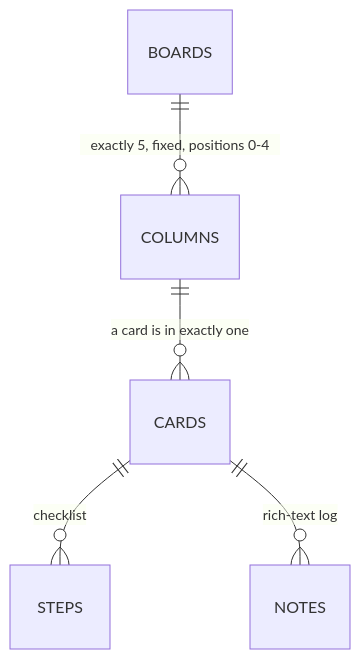
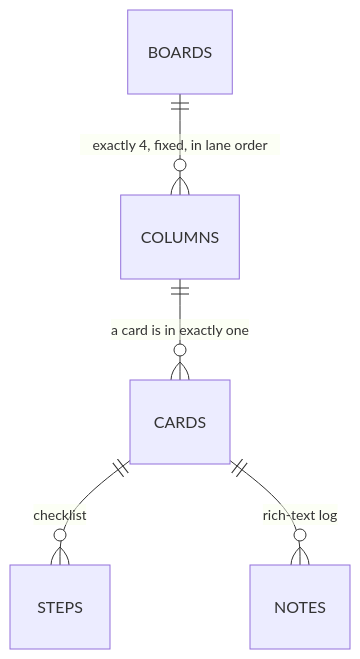
One commit to nexusaicodes/mudda changed the third of 5 diagrams in ERD.md. Above: the diagram before and after it, drawn with Mermaid. The commit also changed other lines of this file and 309 other files, not shown here.

````diff
--- a/ERD.md
+++ b/ERD.md
@@ -301,7 +286,7 @@
 ```mermaid
 erDiagram
-    BOARDS ||--o{ COLUMNS : "exactly 5, fixed, positions 0-4"
+    BOARDS ||--o{ COLUMNS : "exactly 4, fixed, in lane order"
     COLUMNS ||--o{ CARDS : "a card is in exactly one"
     CARDS ||--o{ STEPS : "checklist"
     CARDS ||--o{ NOTES : "rich-text log"
 ```
````
